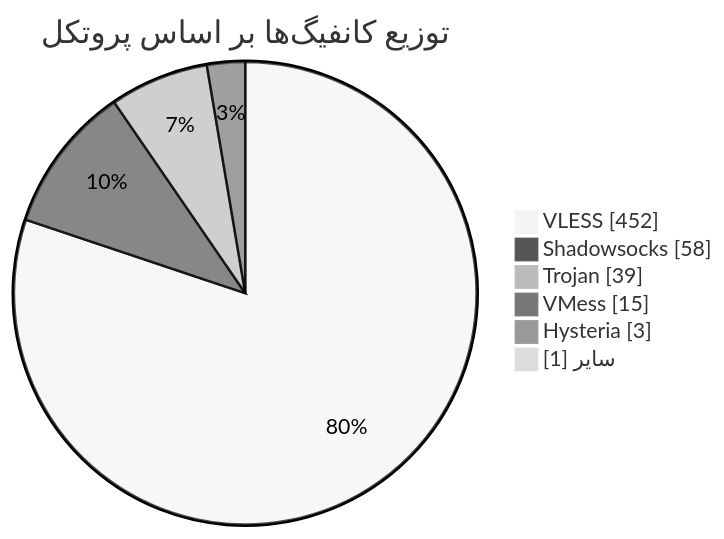
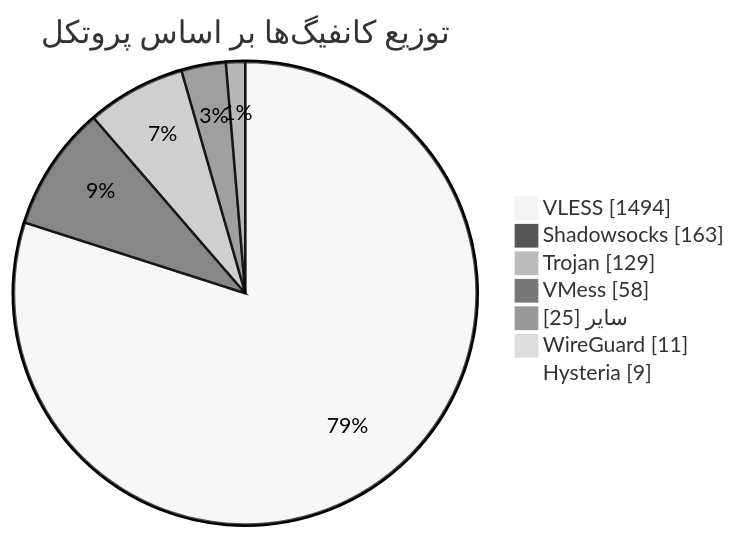
Before and after one commit to Arian-Alijani/Somthing: the diagram in README.md, drawn with Mermaid (neutral theme). The commit also changed other lines of this file and 21 other files, not shown here.

````diff
--- a/README.md
+++ b/README.md
@@ -48,10 +49,11 @@
 ```mermaid
 pie showData
     title توزیع کانفیگ‌ها بر اساس پروتکل
-    "VLESS" : 452
-    "Shadowsocks" : 58
-    "Trojan" : 39
-    "VMess" : 15
-    "Hysteria" : 3
-    "سایر" : 1
+    "VLESS" : 1494
+    "Shadowsocks" : 163
+    "Trojan" : 129
+    "VMess" : 58
+    "سایر" : 25
+    "WireGuard" : 11
+    "Hysteria" : 9
 ```
````
